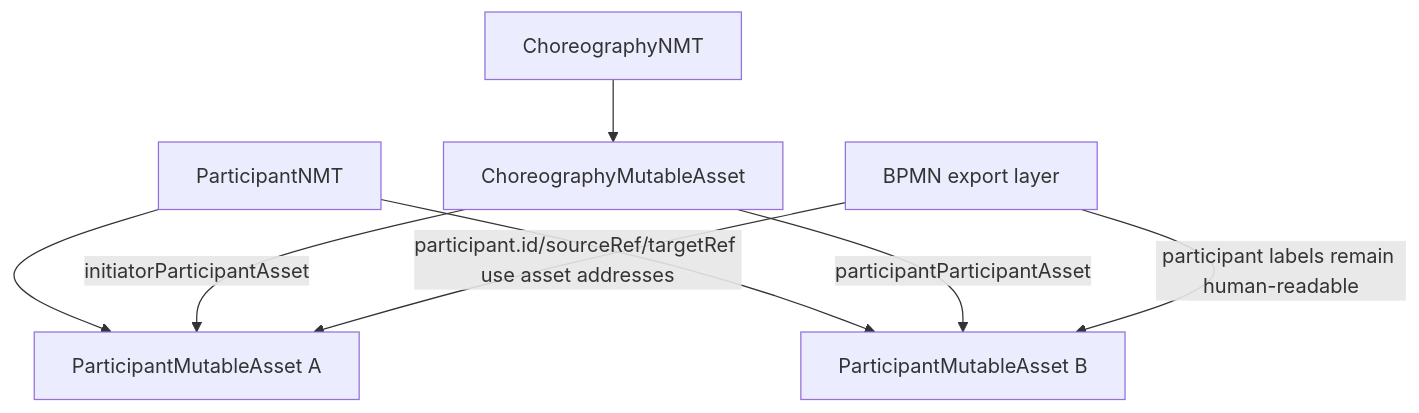
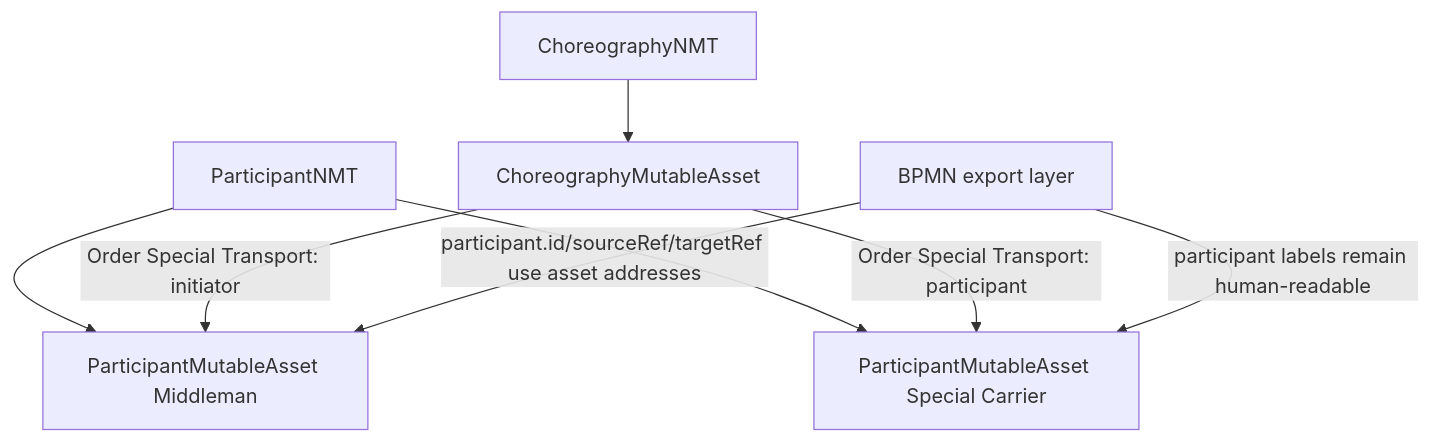
One commit to d0na/ChorNMT changed the third of 3 diagrams in docs/contract-hierarchy.md. Above: the diagram before and after it, drawn with Mermaid. The commit also changed other lines of this file and 1 other file, not shown here.

````diff
--- a/docs/contract-hierarchy.md
+++ b/docs/contract-hierarchy.md
@@ -168,21 +237,21 @@
 ```mermaid
 flowchart TD
   CNMT[ChoreographyNMT]
   CMA[ChoreographyMutableAsset]
 
   PNMT[ParticipantNMT]
-  PMA1[ParticipantMutableAsset A]
-  PMA2[ParticipantMutableAsset B]
+  PMA1[ParticipantMutableAsset Middleman]
+  PMA2[ParticipantMutableAsset Special Carrier]
 
   BPMN[BPMN export layer]
 
   CNMT --> CMA
   PNMT --> PMA1
   PNMT --> PMA2
 
-  CMA -- initiatorParticipantAsset --> PMA1
-  CMA -- participantParticipantAsset --> PMA2
+  CMA -- "Order Special Transport: initiator" --> PMA1
+  CMA -- "Order Special Transport: participant" --> PMA2
 
   BPMN -- participant.id/sourceRef/targetRef use asset addresses --> PMA1
   BPMN -- participant labels remain human-readable --> PMA2
 ```
````
